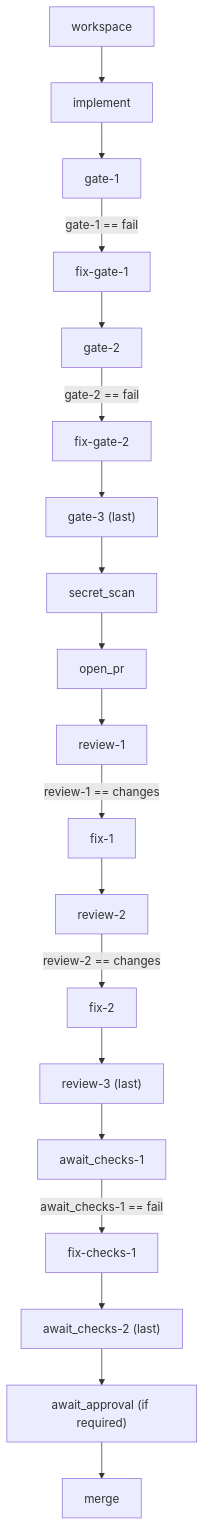
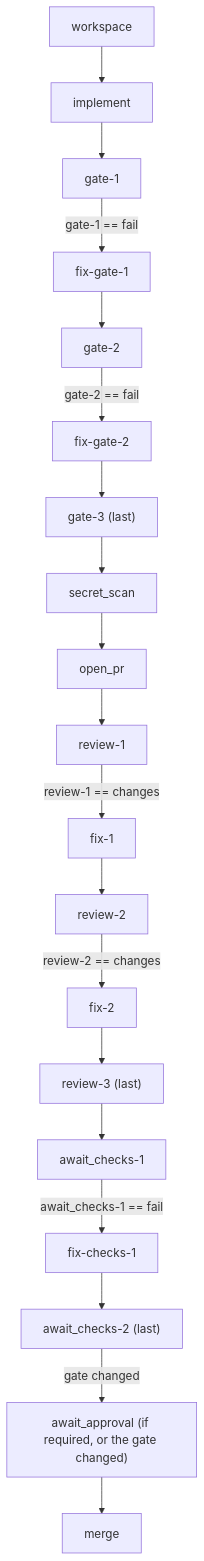
One commit to autobutler-org/factory changed the second of 2 diagrams in docs/architecture/graph.md. Above: the diagram before and after it, drawn with Mermaid. The commit also changed other lines of this file and 14 other files, not shown here.

````diff
--- a/docs/architecture/graph.md
+++ b/docs/architecture/graph.md
@@ -79,18 +84,18 @@
 ```mermaid
 flowchart TD
     workspace --> implement --> gate1[gate-1]
     gate1 -->|"gate-1 == fail"| fixg1[fix-gate-1]
     fixg1 --> gate2[gate-2]
     gate2 -->|"gate-2 == fail"| fixg2[fix-gate-2]
     fixg2 --> gate3["gate-3 (last)"]
     gate3 --> secret_scan --> open_pr --> review1[review-1]
     review1 -->|"review-1 == changes"| fix1[fix-1]
     fix1 --> review2[review-2]
     review2 -->|"review-2 == changes"| fix2[fix-2]
     fix2 --> review3["review-3 (last)"]
     review3 --> checks1[await_checks-1]
     checks1 -->|"await_checks-1 == fail"| fixc[fix-checks-1]
     fixc --> checks2["await_checks-2 (last)"]
-    checks2 --> approval["await_approval (if required)"]
+    checks2 -->|"gate changed"| approval["await_approval (if required, or the gate changed)"]
     approval --> merge
 ```
````
